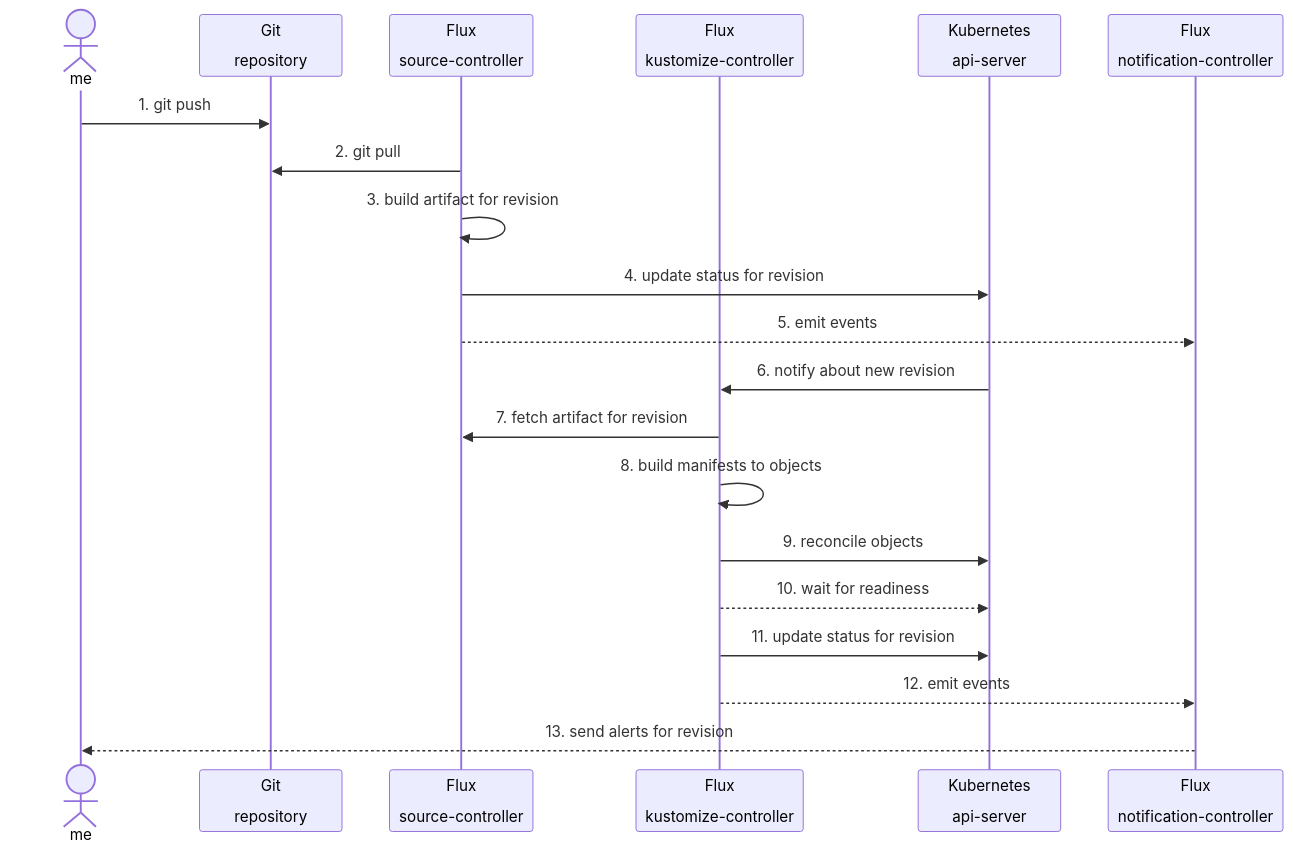
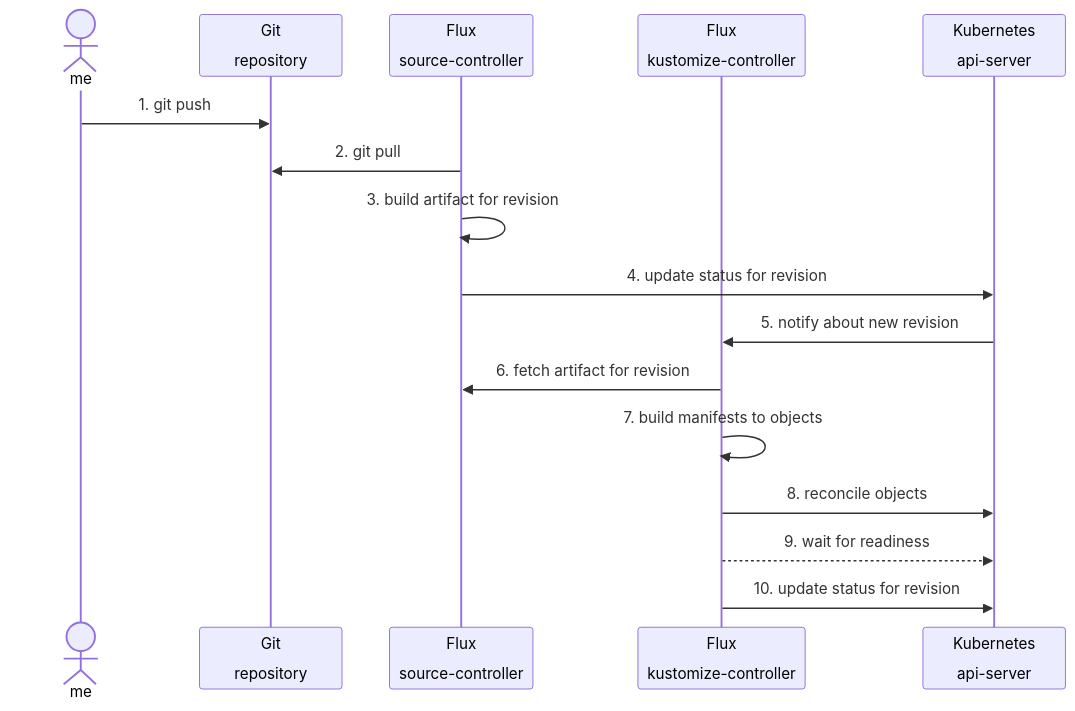
One commit to forselli-stratio/keos-system-services-test changed the diagram in README.md. Above: the diagram before and after it, drawn with Mermaid. The commit also changed other lines of this file and 5 other files, not shown here.

````diff
--- a/README.md
+++ b/README.md
@@ -66,22 +41,18 @@
 ```mermaid
 sequenceDiagram
     actor me
     participant git as Git<br><br>repository
     participant sc as Flux<br><br>source-controller
     participant kc as Flux<br><br>kustomize-controller
     participant kube as Kubernetes<br><br>api-server
-    participant nc as Flux<br><br>notification-controller
     me->>git: 1. git push
     sc->>git: 2. git pull
     sc->>sc: 3. build artifact for revision
     sc->>kube: 4. update status for revision
-    sc-->>nc: 5. emit events
-    kube->>kc: 6. notify about new revision
-    kc->>sc: 7. fetch artifact for revision
-    kc->>kc: 8. build manifests to objects
-    kc->>kube: 9. reconcile objects
-    kc-->>kube: 10. wait for readiness
-    kc->>kube: 11. update status for revision
-    kc-->>nc: 12. emit events
-    nc-->>me: 13. send alerts for revision
+    kube->>kc: 5. notify about new revision
+    kc->>sc: 6. fetch artifact for revision
+    kc->>kc: 7. build manifests to objects
+    kc->>kube: 8. reconcile objects
+    kc-->>kube: 9. wait for readiness
+    kc->>kube: 10. update status for revision
 ```
````
